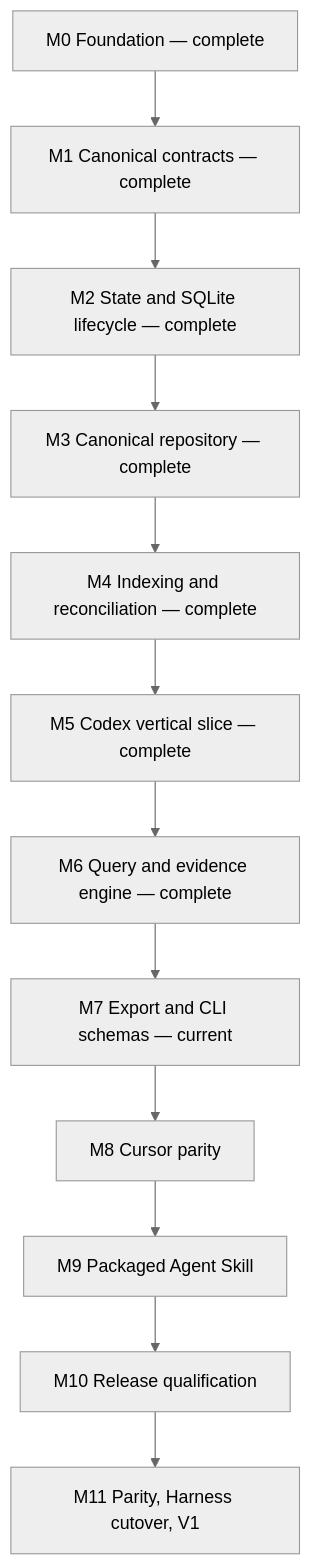
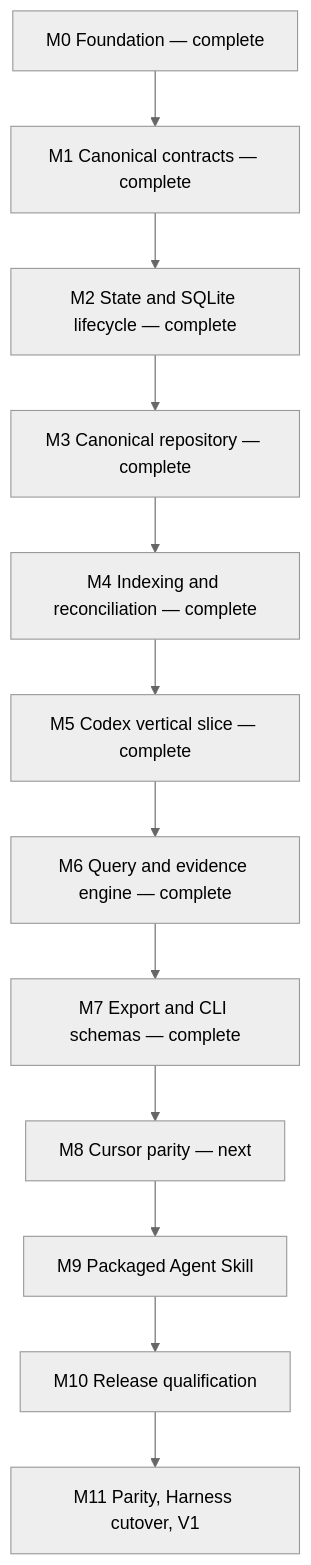
The diagram in dev/plans/260713-v1-implementation-roadmap.md (ferueda/sessions), drawn with Mermaid (neutral theme) before and after one commit. The commit also changed other lines of this file and 8 other files, not shown here.

````diff
--- a/dev/plans/260713-v1-implementation-roadmap.md
+++ b/dev/plans/260713-v1-implementation-roadmap.md
@@ -105,14 +107,14 @@
 ```mermaid
 flowchart TD
   M0["M0 Foundation — complete"] --> M1["M1 Canonical contracts — complete"]
   M1 --> M2["M2 State and SQLite lifecycle — complete"]
   M2 --> M3["M3 Canonical repository — complete"]
   M3 --> M4["M4 Indexing and reconciliation — complete"]
   M4 --> M5["M5 Codex vertical slice — complete"]
   M5 --> M6["M6 Query and evidence engine — complete"]
-  M6 --> M7["M7 Export and CLI schemas — current"]
-  M7 --> M8["M8 Cursor parity"]
+  M6 --> M7["M7 Export and CLI schemas — complete"]
+  M7 --> M8["M8 Cursor parity — next"]
   M8 --> M9["M9 Packaged Agent Skill"]
   M9 --> M10["M10 Release qualification"]
   M10 --> M11["M11 Parity, Harness cutover, V1"]
 ```
````
